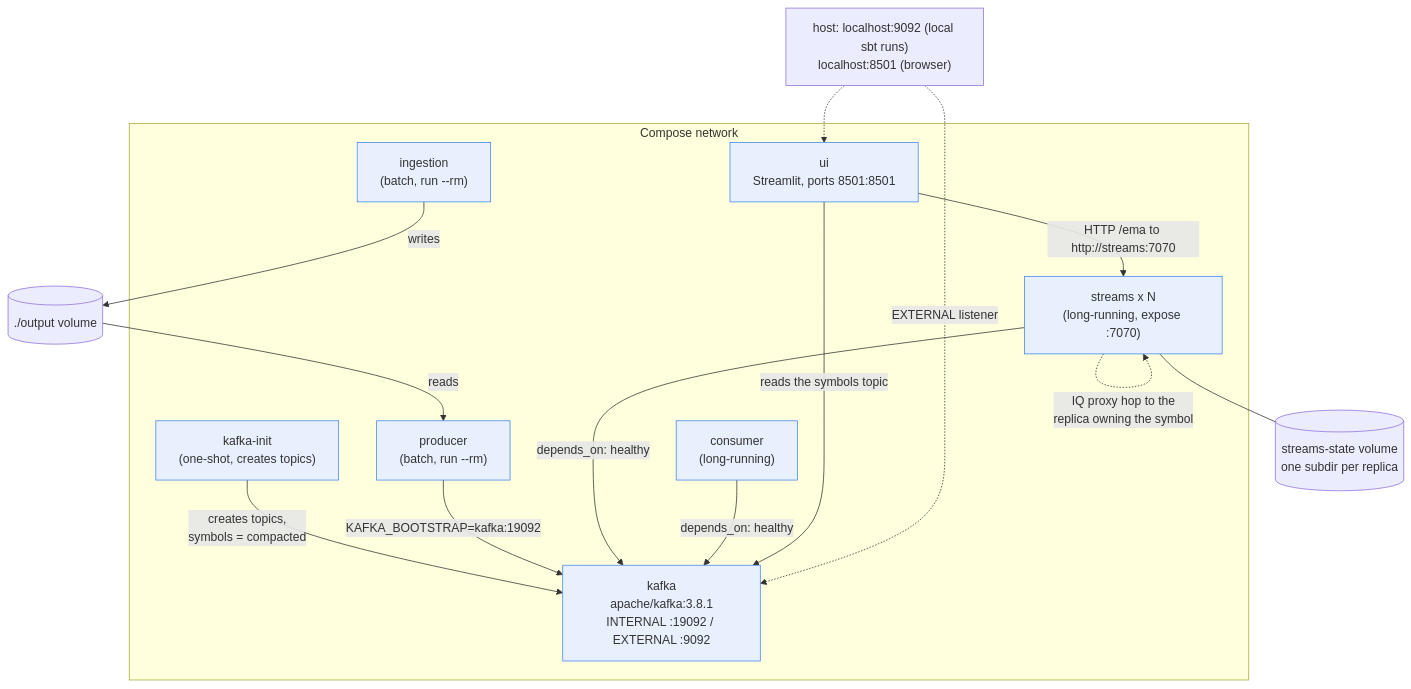
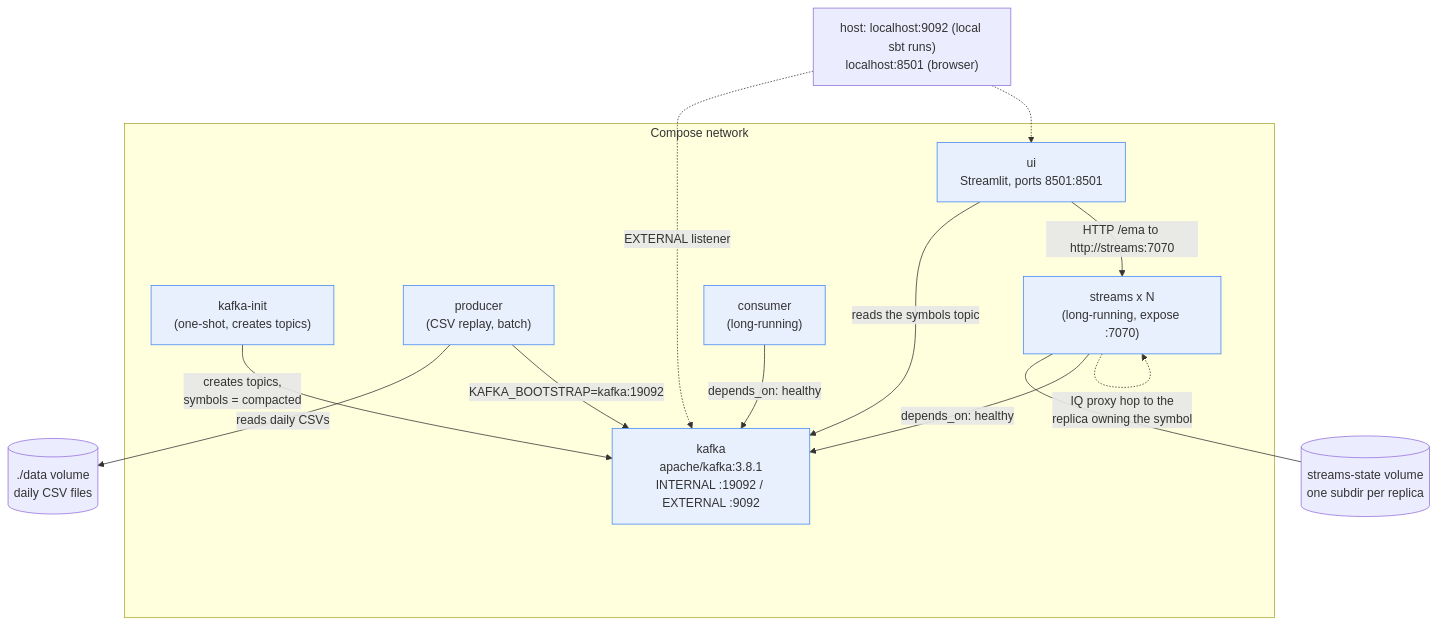
The second of 4 diagrams in ai_docs/ARCHITECTURE.md (edthu/CS-E4780-project), drawn with Mermaid before and after one commit. The commit also changed other lines of this file and 14 other files, not shown here.

Commit message:
read CSV in producer and simulate real-time events

````diff
--- a/ai_docs/ARCHITECTURE.md
+++ b/ai_docs/ARCHITECTURE.md
@@ -57,34 +55,32 @@
 ```mermaid
 flowchart TB
     subgraph net["Compose network"]
         kafka["kafka<br/>apache/kafka:3.8.1<br/>INTERNAL :19092 / EXTERNAL :9092"]
 
         initS["kafka-init<br/>(one-shot, creates topics)"]
-        ingestionS["ingestion<br/>(batch, run --rm)"]
-        producerS["producer<br/>(batch, run --rm)"]
+        producerS["producer<br/>(CSV replay, batch)"]
         streamsS["streams x N<br/>(long-running, expose :7070)"]
         consumerS["consumer<br/>(long-running)"]
         uiS["ui<br/>Streamlit, ports 8501:8501"]
     end
 
-    outvol[("./output volume")]
+    dataVol[("./data volume<br/>daily CSV files")]
     statevol[("streams-state volume<br/>one subdir per replica")]
 
-    ingestionS -->|writes| outvol
-    outvol -->|reads| producerS
+    producerS -->|reads daily CSVs| dataVol
     streamsS --- statevol
 
     initS -->|"creates topics,<br/>symbols = compacted"| kafka
     producerS -->|"KAFKA_BOOTSTRAP=kafka:19092"| kafka
     streamsS -->|depends_on: healthy| kafka
     consumerS -->|depends_on: healthy| kafka
     uiS -->|"reads the symbols topic"| kafka
     uiS -->|"HTTP /ema to http://streams:7070"| streamsS
     streamsS -.->|"IQ proxy hop to the<br/>replica owning the symbol"| streamsS
 
     host["host: localhost:9092 (local sbt runs)<br/>localhost:8501 (browser)"] -.->|EXTERNAL listener| kafka
     host -.-> uiS
 
     classDef svc fill:#e8f0fe,stroke:#4285f4;
-    class kafka,initS,ingestionS,producerS,streamsS,consumerS,uiS svc;
+    class kafka,initS,producerS,streamsS,consumerS,uiS svc;
 ```
````
